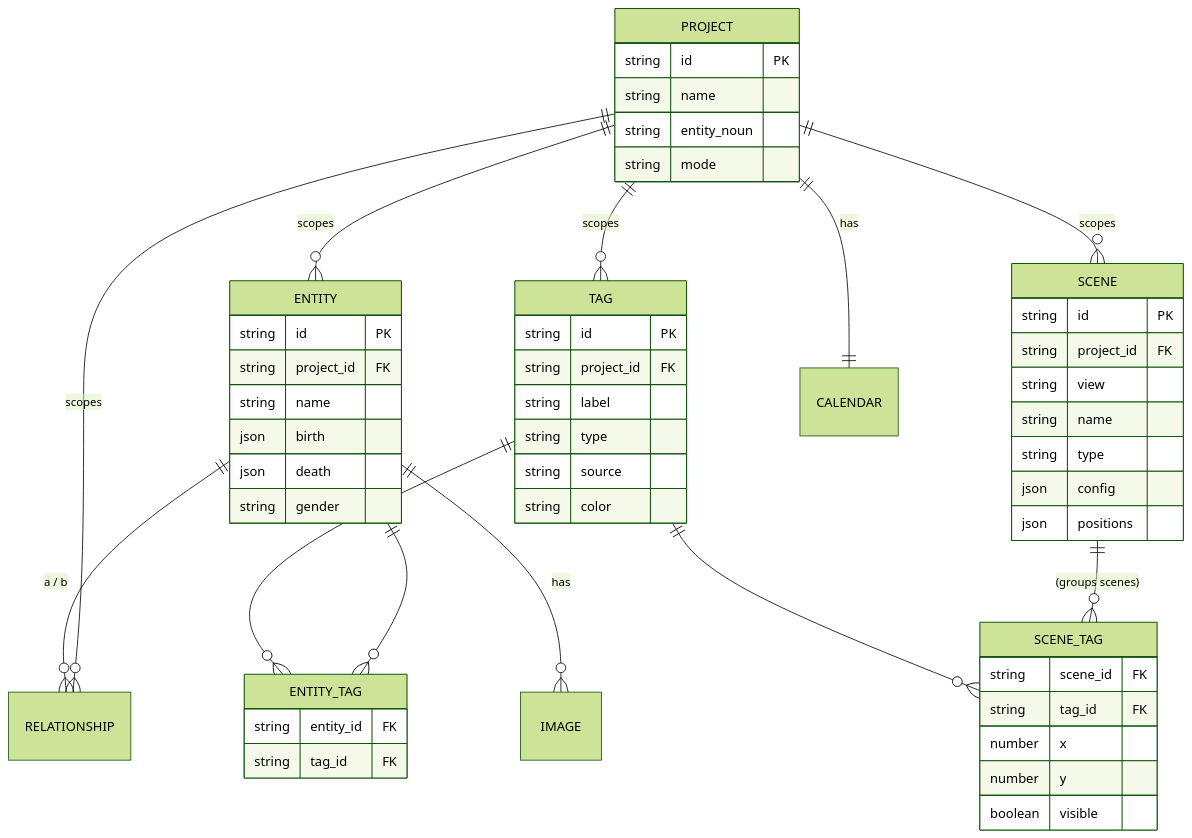
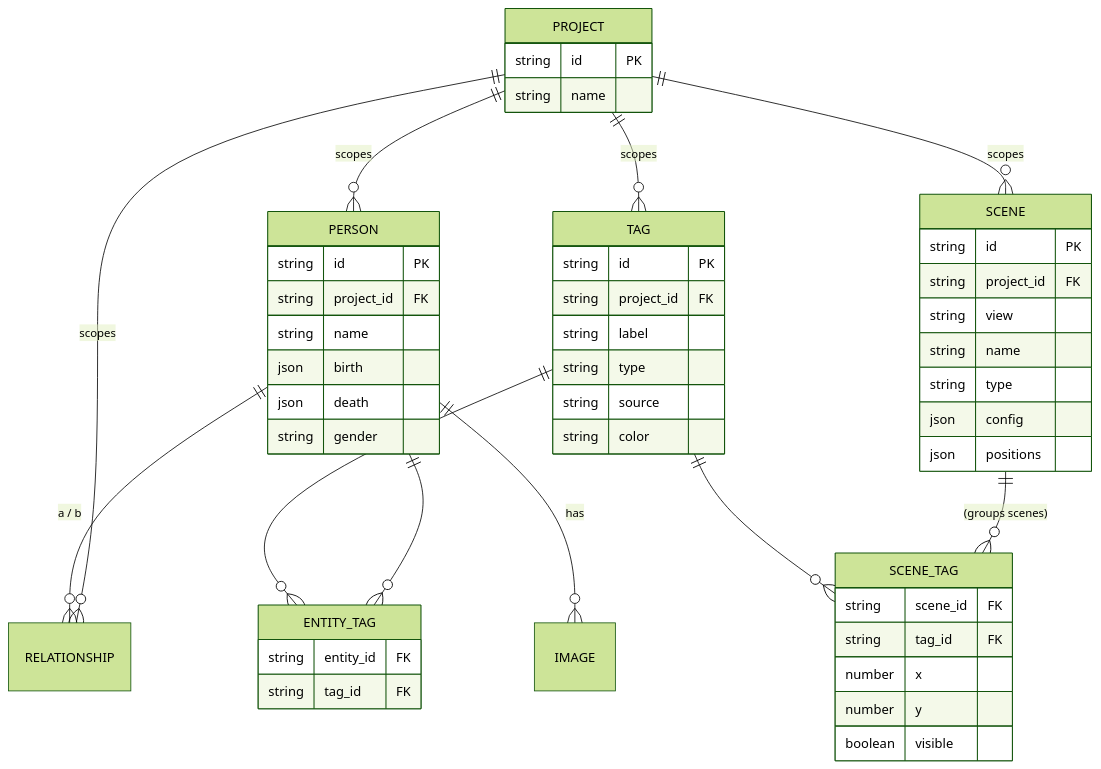
One commit to TommyChan6/ModernFamilyTree changed the first of 2 diagrams in docs/data-model.md. Above: the diagram before and after it, drawn with Mermaid (forest theme). The commit also changed other lines of this file and 9 other files, not shown here.

````diff
--- a/docs/data-model.md
+++ b/docs/data-model.md
@@ -39,21 +34,20 @@
 ```mermaid
 erDiagram
-    PROJECT ||--o{ ENTITY : scopes
+    PROJECT ||--o{ PERSON : scopes
     PROJECT ||--o{ RELATIONSHIP : scopes
     PROJECT ||--o{ TAG : scopes
     PROJECT ||--o{ SCENE : scopes
-    PROJECT ||--|| CALENDAR : has
-    ENTITY ||--o{ ENTITY_TAG : ""
+    PERSON ||--o{ ENTITY_TAG : ""
     TAG    ||--o{ ENTITY_TAG : ""
     SCENE  ||--o{ SCENE_TAG : "(groups scenes)"
     TAG    ||--o{ SCENE_TAG : ""
-    ENTITY ||--o{ RELATIONSHIP : "a / b"
-    ENTITY ||--o{ IMAGE : has
+    PERSON ||--o{ RELATIONSHIP : "a / b"
+    PERSON ||--o{ IMAGE : has
 
-    PROJECT { string id PK  string name  string entity_noun  string mode }
-    ENTITY { string id PK  string project_id FK  string name  json birth  json death  string gender }
+    PROJECT { string id PK  string name }
+    PERSON { string id PK  string project_id FK  string name  json birth  json death  string gender }
     TAG { string id PK  string project_id FK  string label  string type  string source  string color }
     ENTITY_TAG { string entity_id FK  string tag_id FK }
     SCENE { string id PK  string project_id FK  string view  string name  string type  json config  json positions }
     SCENE_TAG { string scene_id FK  string tag_id FK  number x  number y  boolean visible }
 ```
````
